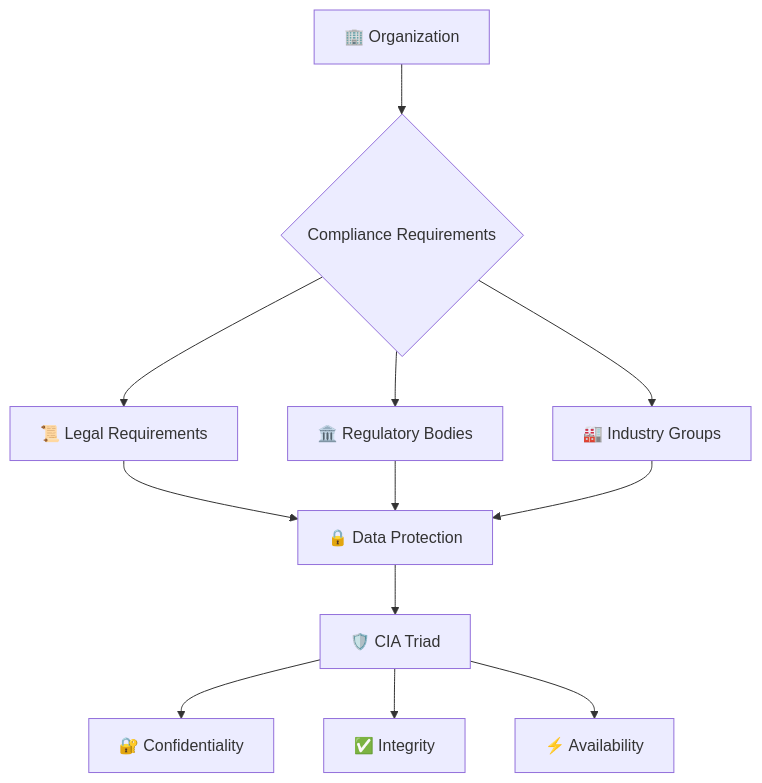
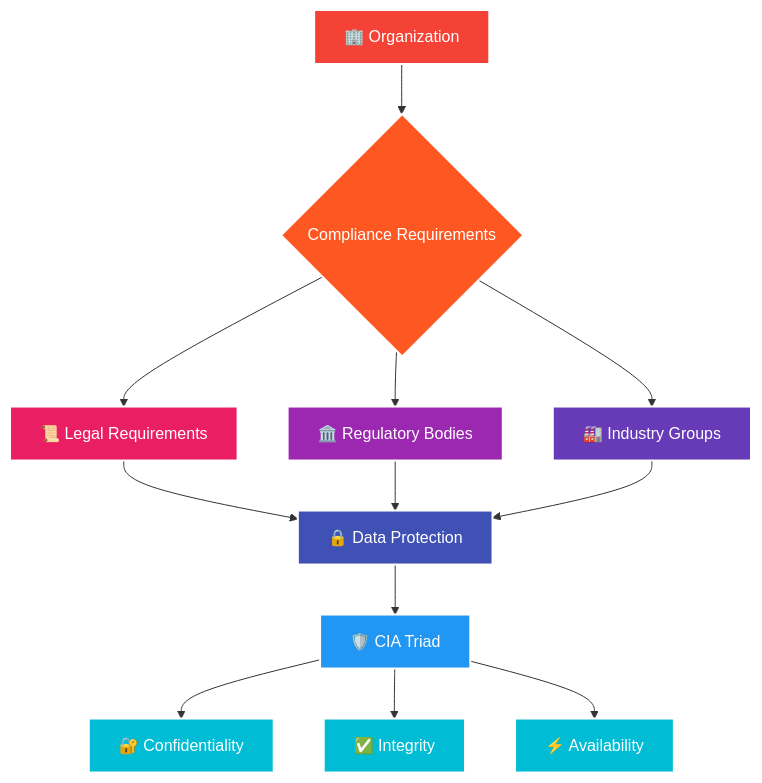
Before and after one commit to josamontiel/Detection-Engineering-Framework: diagram 12 of 12 in Background-and-Introduction.md, drawn with Mermaid. The commit also changed other lines of this file, not shown here.

````diff
--- a/Background-and-Introduction.md
+++ b/Background-and-Introduction.md
@@ -546,16 +553,27 @@
 ```mermaid
 graph TD
     A[🏢 Organization] --> B{Compliance Requirements}
     B --> C[📜 Legal Requirements]
     B --> D[🏛️ Regulatory Bodies]
     B --> E[🏭 Industry Groups]
     
     C --> F[🔒 Data Protection]
     D --> F
     E --> F
     
     F --> G[🛡️ CIA Triad]
     G --> H[🔐 Confidentiality]
     G --> I[✅ Integrity]
     G --> J[⚡ Availability]
+
+    style A fill:#F44336,stroke:#fff,stroke-width:2px,color:#fff
+    style B fill:#FF5722,stroke:#fff,stroke-width:2px,color:#fff
+    style C fill:#E91E63,stroke:#fff,stroke-width:2px,color:#fff
+    style D fill:#9C27B0,stroke:#fff,stroke-width:2px,color:#fff
+    style E fill:#673AB7,stroke:#fff,stroke-width:2px,color:#fff
+    style F fill:#3F51B5,stroke:#fff,stroke-width:2px,color:#fff
+    style G fill:#2196F3,stroke:#fff,stroke-width:2px,color:#fff
+    style H fill:#00BCD4,stroke:#fff,stroke-width:2px,color:#fff
+    style I fill:#00BCD4,stroke:#fff,stroke-width:2px,color:#fff
+    style J fill:#00BCD4,stroke:#fff,stroke-width:2px,color:#fff
 ```
````
